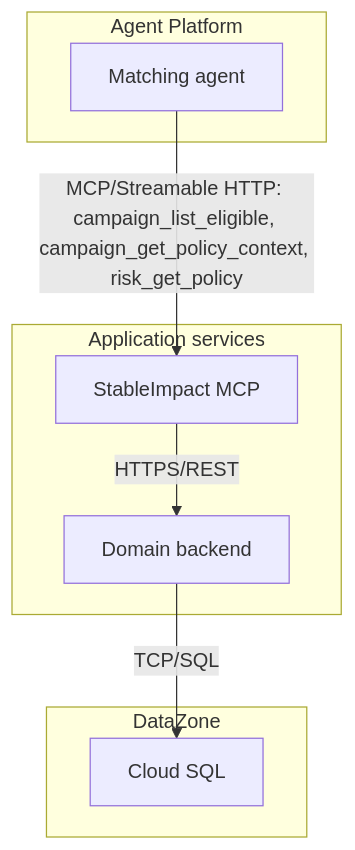
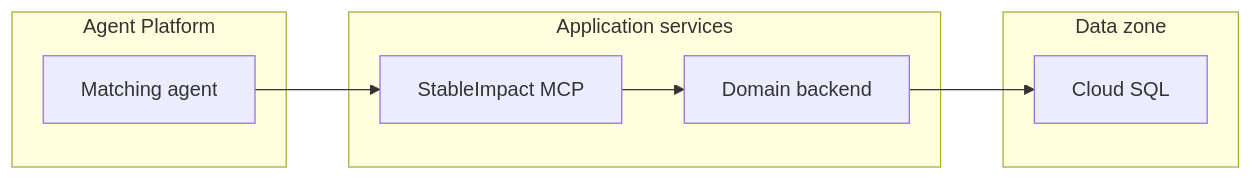
The seventh of 19 diagrams in stableimpact-design.md (eweinmanepam/Documents), drawn with Mermaid before and after one commit. The commit also changed other lines of this file, not shown here.

````diff
--- a/stableimpact-design.md
+++ b/stableimpact-design.md
@@ -274,19 +258,17 @@
 ```mermaid
-flowchart TB
+flowchart LR
   subgraph Platform[Agent Platform]
     AGENT[Matching agent]
   end
 
   subgraph AppSvc[Application services]
     MCP[StableImpact MCP]
     API[Domain backend]
   end
 
-  subgraph DataZone[DataZone]
+  subgraph DataZone[Data zone]
     SQL[Cloud SQL]
   end
 
-  AGENT -- MCP/Streamable HTTP: campaign_list_eligible, campaign_get_policy_context, risk_get_policy --> MCP
-  MCP -- HTTPS/REST --> API
-  API -- TCP/SQL --> SQL
+  AGENT --> MCP --> API --> SQL
 ```
````
